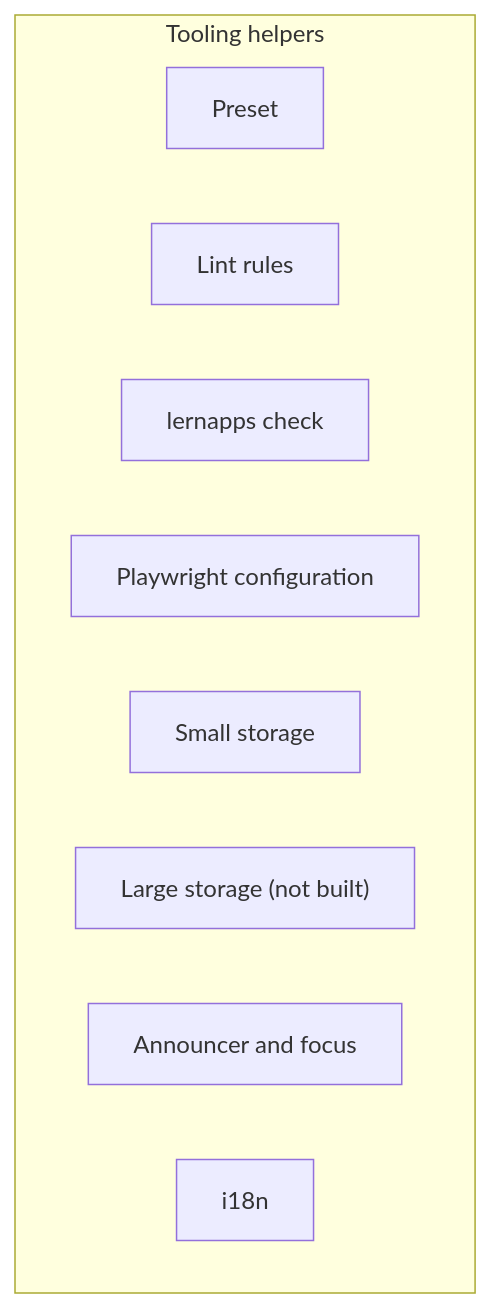
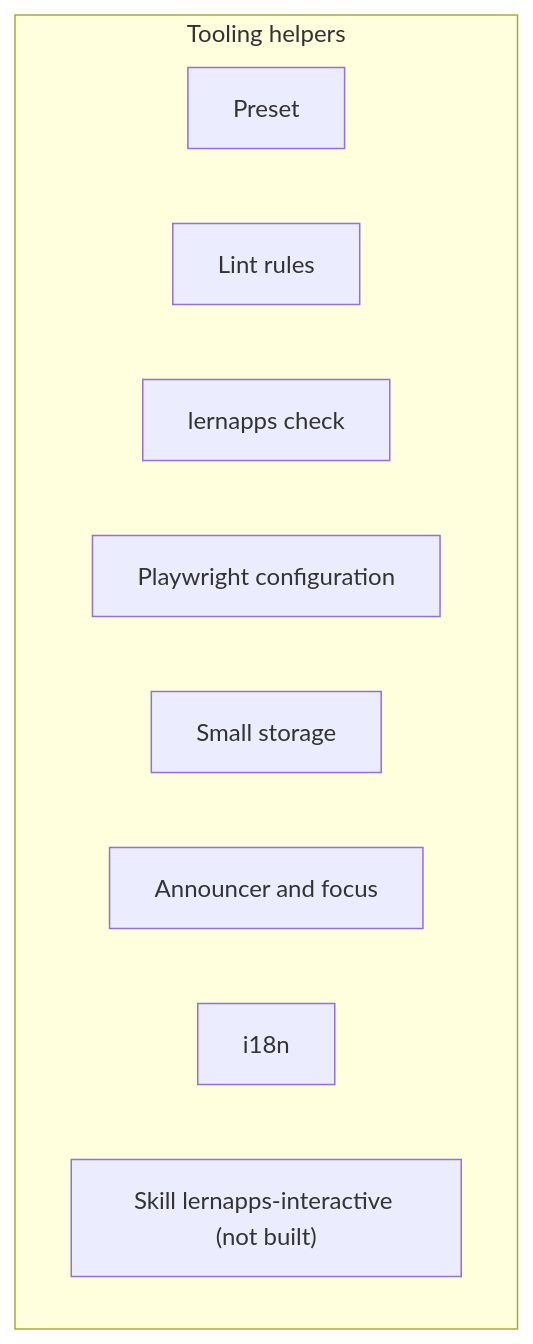
The third of 4 diagrams in interactive/docs/arc42/05-building-blocks.arc42.md (lernapps/app-templates), drawn with Mermaid before and after one commit. The commit also changed other lines of this file and 12 other files, not shown here.

First line of the commit message:
docs(interactive): the architecture after review

````diff
--- a/interactive/docs/arc42/05-building-blocks.arc42.md
+++ b/interactive/docs/arc42/05-building-blocks.arc42.md
@@ -90,13 +89,13 @@
 ```mermaid
 flowchart TB
     subgraph bb-tooling["Tooling helpers"]
         bb-preset["Preset"]
         bb-lint-rules["Lint rules"]
         bb-lernapps-check["lernapps check"]
         bb-playwright-config["Playwright configuration"]
         bb-small-storage["Small storage"]
-        bb-large-storage["Large storage (not built)"]
         bb-a11y["Announcer and focus"]
         bb-i18n["i18n"]
+        bb-skill-interactive["Skill lernapps-interactive (not built)"]
     end
 ```
````
